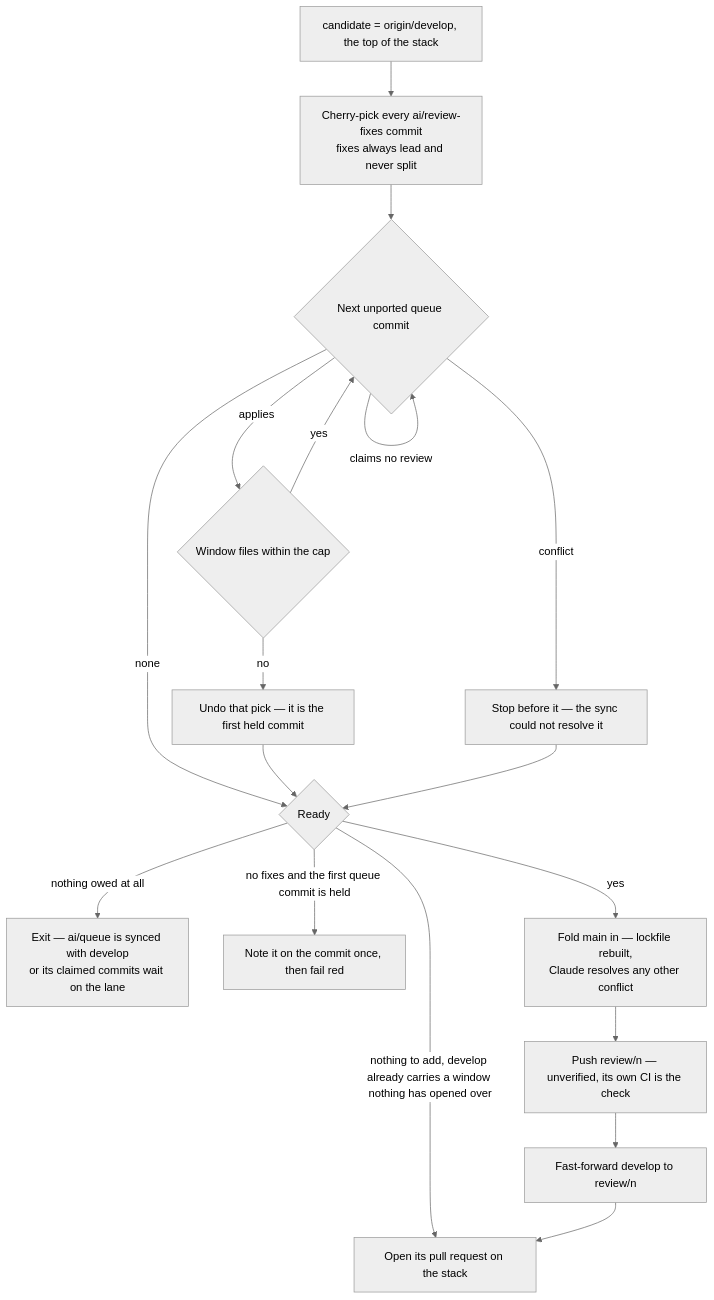
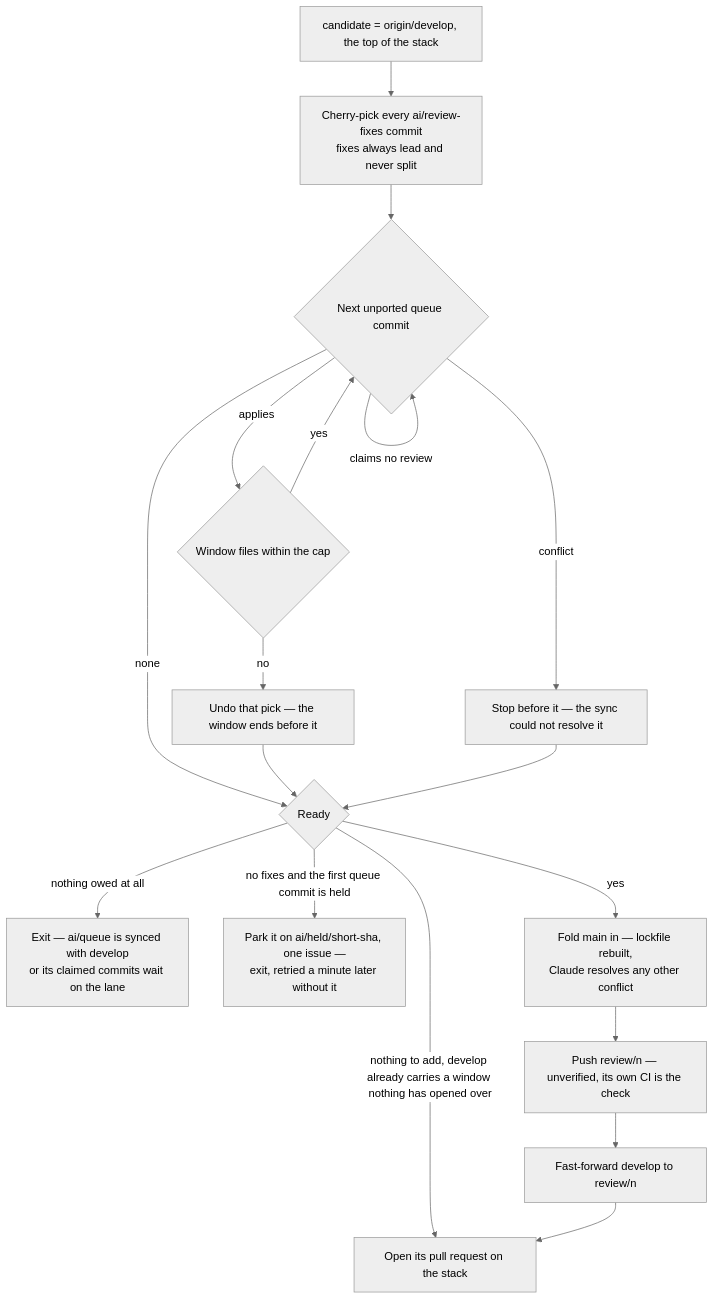
One commit to Esposter/Esposter changed the third of 3 diagrams in apps/web/content/docs/infra/review-collector/collection-cycle.md. Above: the diagram before and after it, drawn with Mermaid (neutral theme). The commit also changed other lines of this file and 8 other files, not shown here.

First line of the commit message:
docs(review-collector): a commit past the sync's, the reshaper's or the fold's cap is parked on ai/held/<short-sha> with one issue, and every count is the bot's own through the base's path filters

````diff
--- a/apps/web/content/docs/infra/review-collector/collection-cycle.md
+++ b/apps/web/content/docs/infra/review-collector/collection-cycle.md
@@ -116,18 +119,18 @@
 ```mermaid
 flowchart TD
   C[candidate = origin/develop, the top of the stack] --> FX[Cherry-pick every ai/review-fixes commit<br/>fixes always lead and never split]
   FX --> Q{Next unported queue commit}
   Q -->|claims no review| Q
   Q -->|none| RD
   Q -->|conflict| H[Stop before it — the sync could not resolve it]
   Q -->|applies| M{Window files within the cap}
   M -->|yes| Q
-  M -->|no| U[Undo that pick — it is the first held commit]
+  M -->|no| U[Undo that pick — the window ends before it]
   U --> RD
   H --> RD{Ready}
   RD -->|nothing owed at all| N[Exit — ai/queue is synced with develop<br/>or its claimed commits wait on the lane]
-  RD -->|no fixes and the first queue commit is held| F[Note it on the commit once, then fail red]
+  RD -->|no fixes and the first queue commit is held| F[Park it on ai/held/short-sha, one issue —<br/>exit, retried a minute later without it]
   RD -->|nothing to add, develop already carries a window nothing has opened over| OP[Open its pull request on the stack]
   RD -->|yes| FM[Fold main in — lockfile rebuilt,<br/>Claude resolves any other conflict] --> P[Push review/n — unverified, its own CI is the check]
   P --> FF[Fast-forward develop to review/n] --> OP
 ```
````
